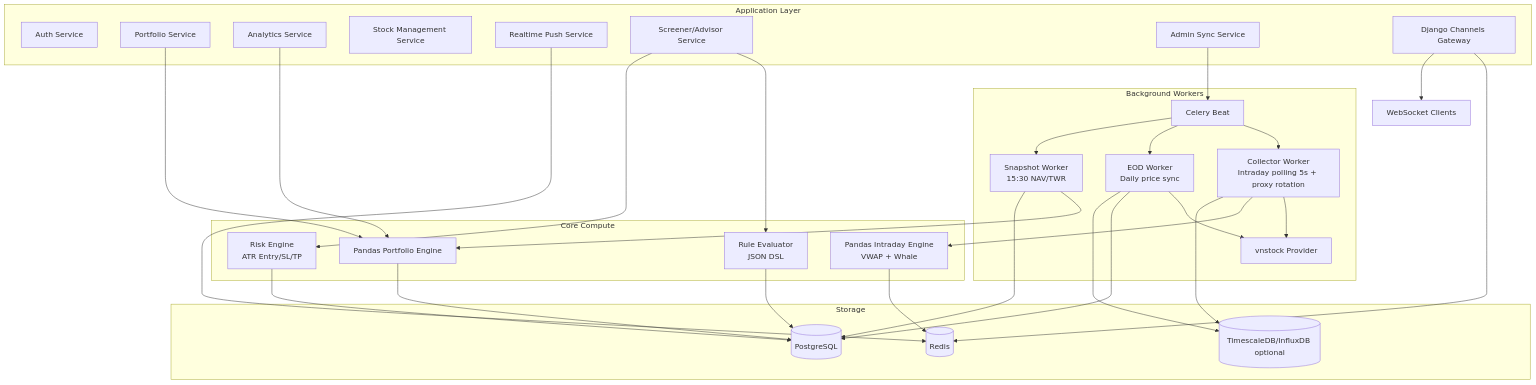
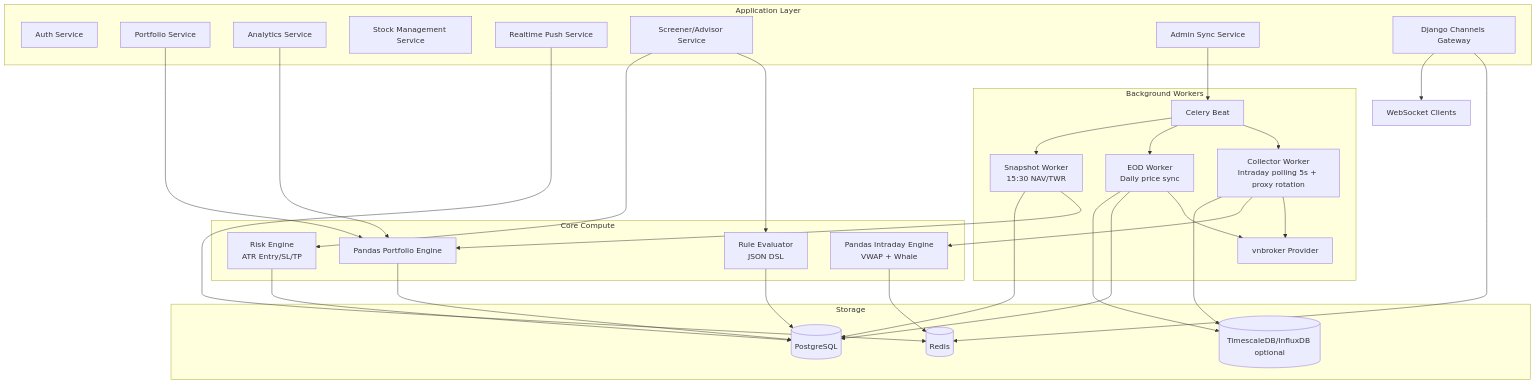
Before and after one commit to vietdungiitb/vninvest: the second of 3 diagrams in docs/BACKEND_TECHNICAL_DIAGRAM_L2_2.md, drawn with Mermaid. The commit also changed other lines of this file and 345 other files, not shown here.

````diff
--- a/docs/BACKEND_TECHNICAL_DIAGRAM_L2_2.md
+++ b/docs/BACKEND_TECHNICAL_DIAGRAM_L2_2.md
@@ -28,60 +28,60 @@
 ```mermaid
 flowchart TB
     subgraph APP[Application Layer]
         S1[Auth Service]
         S2[Portfolio Service]
         S3[Analytics Service]
         S4[Stock Management Service]
         S5[Realtime Push Service]
         S6[Screener/Advisor Service]
         S7[Admin Sync Service]
         S8[Django Channels Gateway]
     end
 
     subgraph CORE[Core Compute]
         C1[Pandas Portfolio Engine]
         C2[Pandas Intraday Engine\nVWAP + Whale]
         C3[Rule Evaluator\nJSON DSL]
         C4[Risk Engine\nATR Entry/SL/TP]
     end
 
     subgraph DATA[Storage]
         DB[(PostgreSQL)]
         RD[(Redis)]
         TS[(TimescaleDB/InfluxDB optional)]
     end
 
     subgraph BG[Background Workers]
         B1[Celery Beat]
         B2[Collector Worker\nIntraday polling 5s + proxy rotation]
         B3[EOD Worker\nDaily price sync]
         B4[Snapshot Worker\n15:30 NAV/TWR]
-        MK[vnstock Provider]
+        MK[vnbroker Provider]
     end
 
     S2 --> C1
     S3 --> C1
     S5 --> RD
     S8 --> RD
     S8 --> FEWS[WebSocket Clients]
     S6 --> C3
     S6 --> C4
     S7 --> B1
 
     C1 --> DB
     C2 --> RD
     C3 --> DB
     C4 --> DB
 
     B1 --> B2
     B1 --> B3
     B1 --> B4
     B2 --> MK
     B2 --> C2
     B2 --> TS
     B3 --> MK
     B3 --> DB
     B3 --> TS
     B4 --> C1
     B4 --> DB
 ```
````
